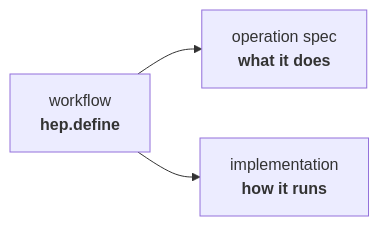
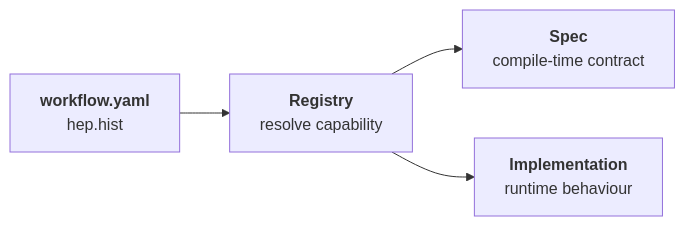
One commit to FAST-HEP/fast-hep.github.io changed the first of 3 diagrams in content/concepts/operations-and-specs.md. Above: the diagram before and after it, drawn with Mermaid. The commit also changed other lines of this file and 6 other files, not shown here.

````diff
--- a/content/concepts/operations-and-specs.md
+++ b/content/concepts/operations-and-specs.md
@@ -13,9 +18,11 @@
 ```mermaid
 flowchart LR
-    Workflow["workflow<br/><b>hep.define</b>"]
-    Spec["operation spec<br/><b>what it does</b>"]
-    Impl["implementation<br/><b>how it runs</b>"]
+    Workflow["<b>workflow.yaml</b><br/>hep.hist"]:::input
+    Registry["<b>Registry</b><br/>resolve capability"]:::capability
+    Spec["<b>Spec</b><br/>compile-time contract"]:::flow
+    Impl["<b>Implementation</b><br/>runtime behaviour"]:::runtime
 
-    Workflow --> Spec
-    Workflow --> Impl
+    Workflow --> Registry
+    Registry --> Spec
+    Registry --> Impl
 ```
````
